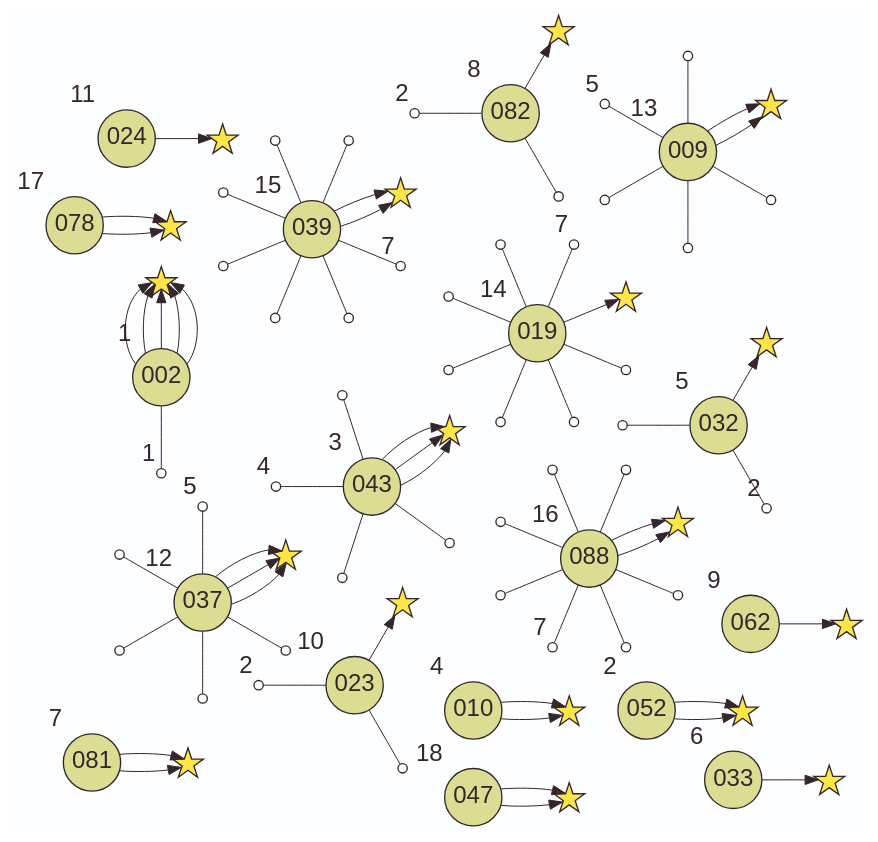
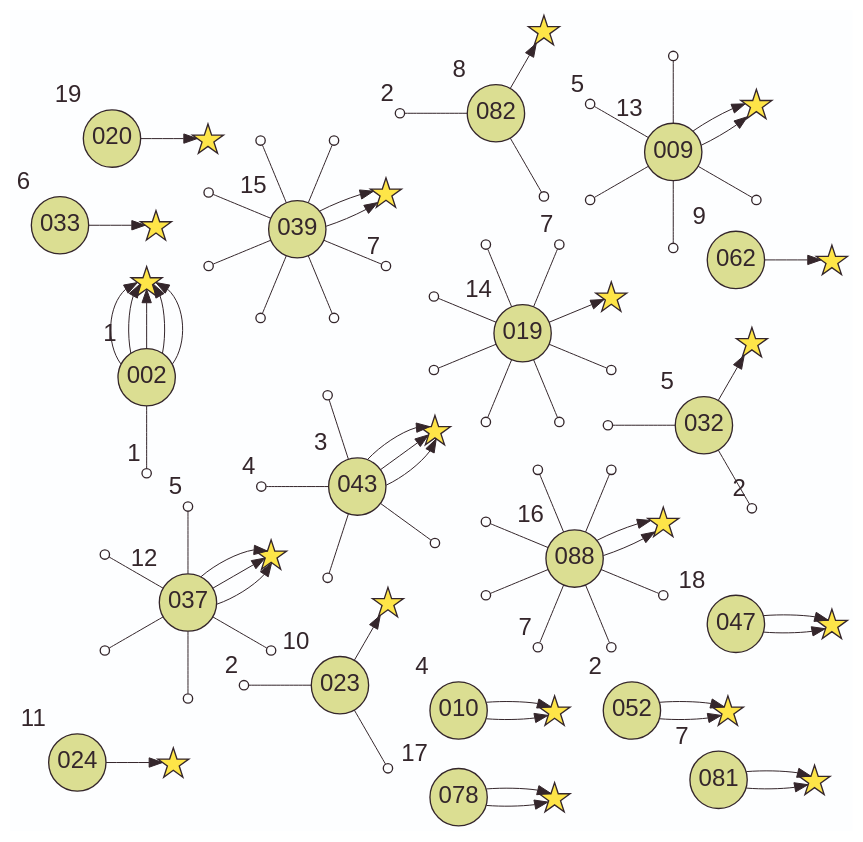
The diagram in output/activity_map.gv (laowantong/sqlab_ints), drawn with Graphviz before and after one commit. The commit also changed 14 other files, not shown here.

```diff
--- a/output/activity_map.gv
+++ b/output/activity_map.gv
@@ -1,197 +1,200 @@
 digraph G {
     layout=twopi
     bgcolor="#FDFEFF"
     edge [color="#34262B" penwidth=0.75]
     node [
         shape=star
         fixedsize=true
         width=0.3
         height=0.3
         fillcolor="#FEE548"
         color="#34262B"
         fontcolor="#34262B"
         fontsize=18
         penwidth=1
         style=filled
         label=""
     ]
     103209978926087
     103209978926087
     103209978926087
     1230160502988882
     125856070581408
     125856070581408
     125856070581408
     125856070581408
     125856070581408
     149114173335496
     155147806452639
     155147806452639
     156364735562291
     240070160009025
     240070160009025
     243582352371835
     243582352371835
+    24528728837243
     248960157567190
     253352561534995
     253352561534995
     253600606633879
     253600606633879
     298774613720463
     33460752933766
     33460752933766
     360051049043076
     360051049043076
     393035298143192
     393035298143192
     436819829846544
     436819829846544
     436819829846544
     5591408610389
     92857264956831
     node [width=1.2 height=1.2 fontname=Helvetica label="\N"]
     
     node [ width=0.6 height=0.6 shape=circle fillcolor="#FFC19C"]
     
     node [fillcolor="#DBDE92"]
     002 [xlabel=1]
     009 [xlabel=13]
     010 [xlabel=4]
     019 [xlabel=14]
+    020 [xlabel=19]
     023 [xlabel=10]
     024 [xlabel=11]
     032 [xlabel=5]
     033 [xlabel=6]
     037 [xlabel=12]
     039 [xlabel=15]
     043 [xlabel=3]
     047 [xlabel=18]
     052 [xlabel=2]
     062 [xlabel=9]
     078 [xlabel=17]
     081 [xlabel=7]
     082 [xlabel=8]
     088 [xlabel=16]
     
     002 -> 125856070581408
     002 -> 125856070581408
     002 -> 125856070581408
     002 -> 125856070581408
     002 -> 125856070581408
     009 -> 253600606633879
     009 -> 253600606633879
     010 -> 155147806452639
     010 -> 155147806452639
     019 -> 149114173335496
+    020 -> 24528728837243
     023 -> 5591408610389
     024 -> 248960157567190
     032 -> 1230160502988882
     033 -> 298774613720463
     037 -> 436819829846544
     037 -> 436819829846544
     037 -> 436819829846544
     039 -> 243582352371835
     039 -> 243582352371835
     043 -> 103209978926087
     043 -> 103209978926087
     043 -> 103209978926087
     047 -> 393035298143192
     047 -> 393035298143192
     052 -> 240070160009025
     052 -> 240070160009025
     062 -> 92857264956831
     078 -> 33460752933766
     078 -> 33460752933766
     081 -> 253352561534995
     081 -> 253352561534995
     082 -> 156364735562291
     088 -> 360051049043076
     088 -> 360051049043076
     
     node [width=0.1 height=0.1 label="" fillcolor=none]
     103209978926115
     1076677401390944
     1230160502988894
     1230160502992190 [xlabel=2]
     14110344140782 [xlabel=2]
     148515034955604 [xlabel=7]
     148611824478556
     148669601188638
     148879872816411
     149003955203329
     149210280710509
     149468789687598
     156189361184507 [xlabel=2]
     156596690231090
     165717715346964
     189105737194104
     198102760205823
     226313462278852
     237984121642486
     253109520226675
     253352804744747 [xlabel=5]
     253843891117135
     253974688626775
     254220120595727
     359590657654446
     359642314904307
     359749191076977
     359813838431707
     359943398969027 [xlabel=7]
     360186567754554
     360247014033845
     374196928538196 [xlabel=5]
     378179076514973
     437237875864615
     446356723589658
     455354753305299 [xlabel=1]
     583015109991402 [xlabel=7]
     62621691563930
     76118056186574 [xlabel=4]
     81063761713588
     836962415998811
     96800835160244
     edge [arrowhead=none]
     002 -> 455354753305299
     009 -> 253109520226675
     009 -> 253352804744747
     009 -> 253843891117135
     009 -> 253974688626775
     009 -> 254220120595727
     019 -> 148515034955604
     019 -> 148611824478556
     019 -> 148669601188638
     019 -> 148879872816411
     019 -> 149003955203329
     019 -> 149210280710509
     019 -> 149468789687598
     023 -> 14110344140782
     023 -> 62621691563930
     032 -> 1230160502988894
     032 -> 1230160502992190
     037 -> 374196928538196
     037 -> 378179076514973
     037 -> 437237875864615
     037 -> 446356723589658
     037 -> 836962415998811
     039 -> 1076677401390944
     039 -> 165717715346964
     039 -> 189105737194104
     039 -> 198102760205823
     039 -> 226313462278852
     039 -> 237984121642486
     039 -> 583015109991402
     043 -> 103209978926115
     043 -> 76118056186574
     043 -> 81063761713588
     043 -> 96800835160244
     082 -> 156189361184507
     082 -> 156596690231090
     088 -> 359590657654446
     088 -> 359642314904307
     088 -> 359749191076977
     088 -> 359813838431707
     088 -> 359943398969027
     088 -> 360186567754554
     088 -> 360247014033845
 }
```
